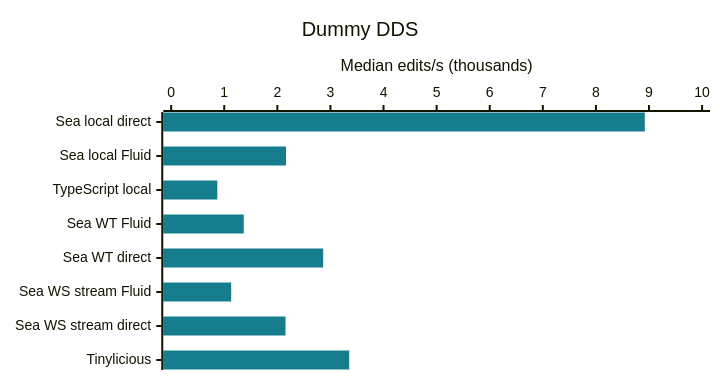
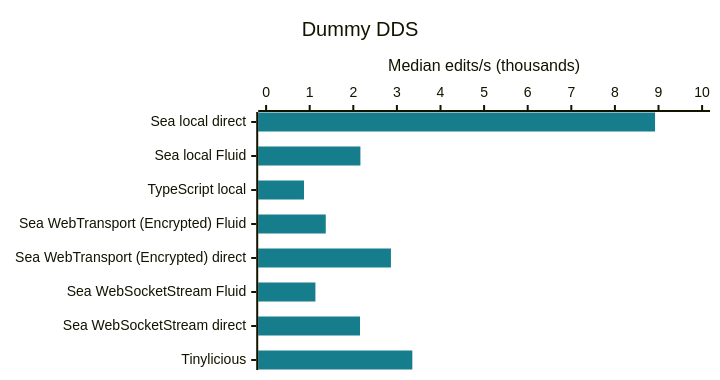
The sixth of 7 diagrams in rust-service/PRESENTATION_REPORT.md (microsoft/FluidFramework), drawn with Mermaid before and after one commit. The commit also changed other lines of this file, not shown here.

````diff
--- a/rust-service/PRESENTATION_REPORT.md
+++ b/rust-service/PRESENTATION_REPORT.md
@@ -334,15 +337,15 @@
 ```mermaid
 ---
 config:
   xyChart:
     height: 360
   themeVariables:
     xyChart:
       plotColorPalette: "#167d8d"
 ---
 xychart-beta horizontal
   title "Dummy DDS"
-  x-axis ["Sea local direct", "Sea local Fluid", "TypeScript local", "Sea WT Fluid", "Sea WT direct", "Sea WS stream Fluid", "Sea WS stream direct", "Tinylicious"]
+  x-axis ["Sea local direct", "Sea local Fluid", "TypeScript local", "Sea WebTransport (Encrypted) Fluid", "Sea WebTransport (Encrypted) direct", "Sea WebSocketStream Fluid", "Sea WebSocketStream direct", "Tinylicious"]
   y-axis "Median edits/s (thousands)" 0 --> 10
   bar [8.921, 2.163, 0.869, 1.368, 2.863, 1.131, 2.154, 3.354]
 ```
````
